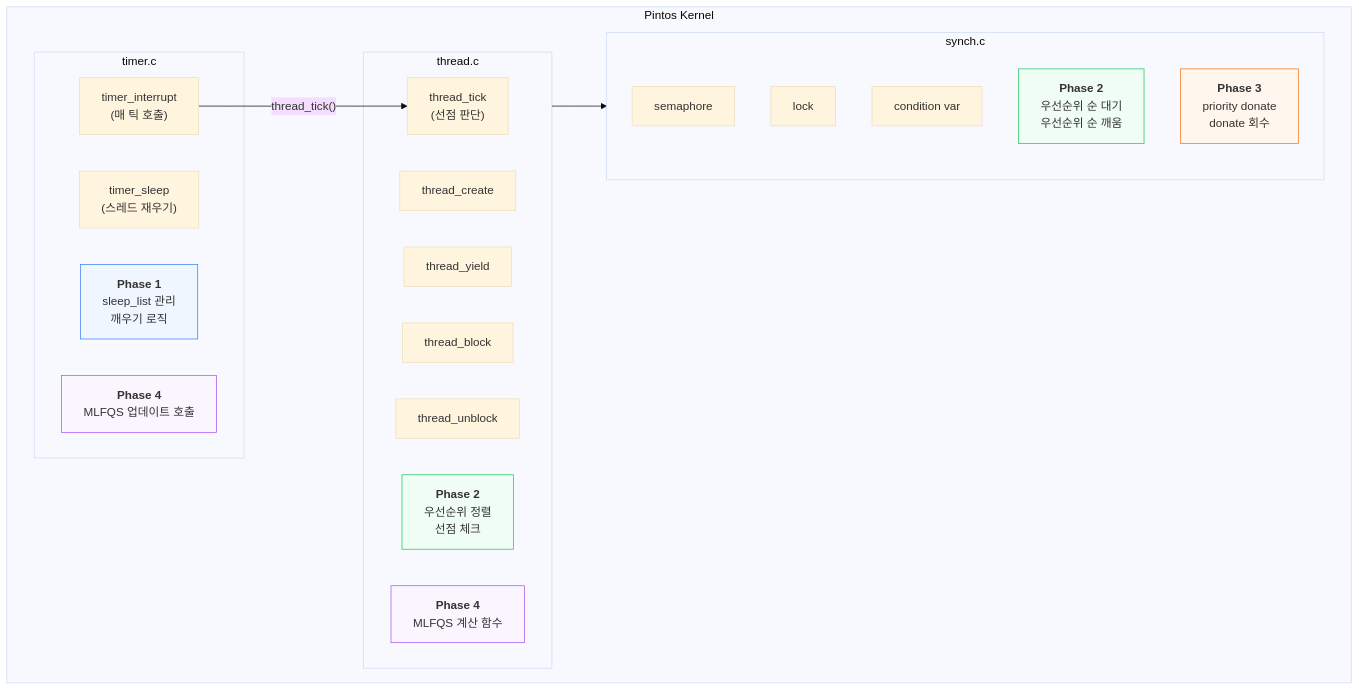
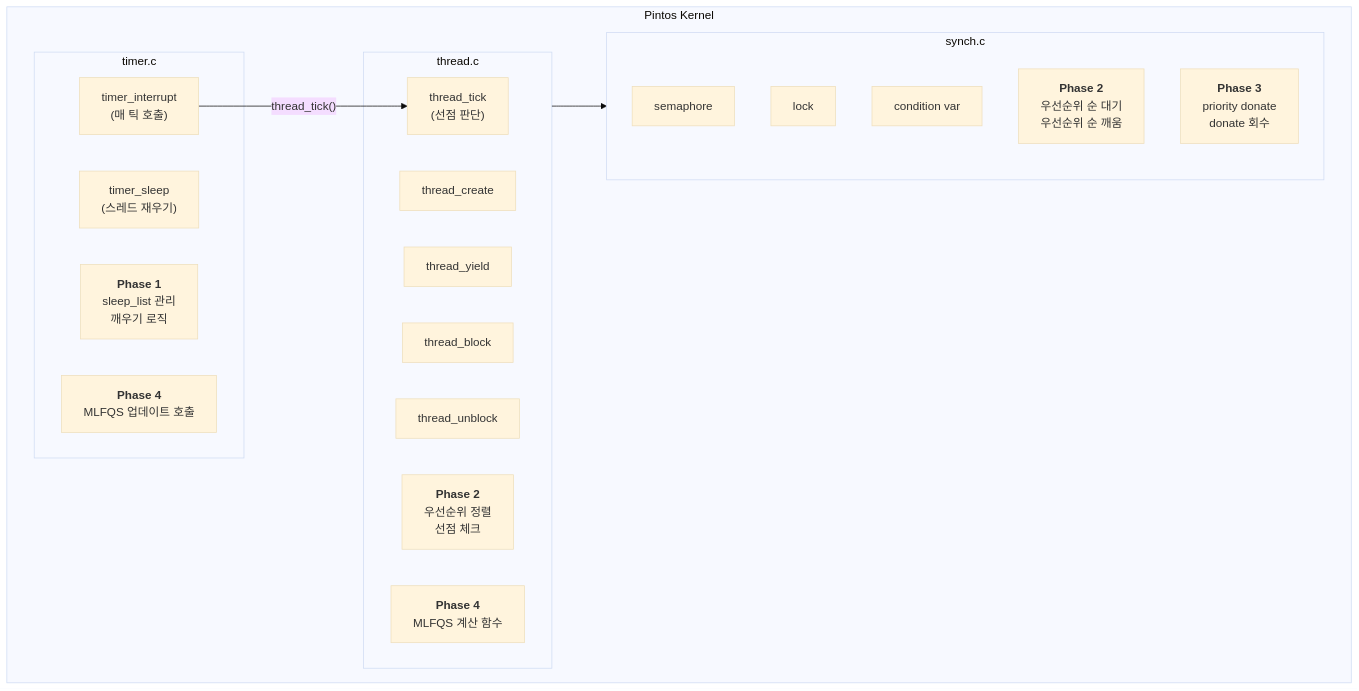
One commit to Jungle-12-303/wk09_1 changed the first of 10 diagrams in docs/pintos/01-big-picture.md. Above: the diagram before and after it, drawn with Mermaid (base theme). The commit also changed other lines of this file, not shown here.

First line of the commit message:
style: Mermaid 다이어그램에서 커스텀 컬러 style 지시문을 제거

````diff
--- a/docs/pintos/01-big-picture.md
+++ b/docs/pintos/01-big-picture.md
@@ -11,40 +11,34 @@
 ```mermaid
 graph TD
     subgraph Kernel["Pintos Kernel"]
         subgraph Timer["timer.c"]
             TI["timer_interrupt<br/>(매 틱 호출)"]
             TS["timer_sleep<br/>(스레드 재우기)"]
             T1["<b>Phase 1</b><br/>sleep_list 관리<br/>깨우기 로직"]
             T4["<b>Phase 4</b><br/>MLFQS 업데이트 호출"]
         end
 
         subgraph Thread["thread.c"]
             TT["thread_tick<br/>(선점 판단)"]
             TC["thread_create"]
             TY["thread_yield"]
             TB["thread_block"]
             TU["thread_unblock"]
             Th2["<b>Phase 2</b><br/>우선순위 정렬<br/>선점 체크"]
             Th4["<b>Phase 4</b><br/>MLFQS 계산 함수"]
         end
 
         subgraph Synch["synch.c"]
             SE["semaphore"]
             LK["lock"]
             CV["condition var"]
             S2["<b>Phase 2</b><br/>우선순위 순 대기<br/>우선순위 순 깨움"]
             S3["<b>Phase 3</b><br/>priority donate<br/>donate 회수"]
         end
     end
 
     TI -->|"thread_tick()"| TT
 
     Thread --> Synch
 
-    style T1 fill:#EFF6FF,stroke:#3B82F6
-    style T4 fill:#FAF5FF,stroke:#A855F7
-    style Th2 fill:#F0FDF4,stroke:#22C55E
-    style Th4 fill:#FAF5FF,stroke:#A855F7
-    style S2 fill:#F0FDF4,stroke:#22C55E
-    style S3 fill:#FFF7ED,stroke:#F97316
 ```
````
